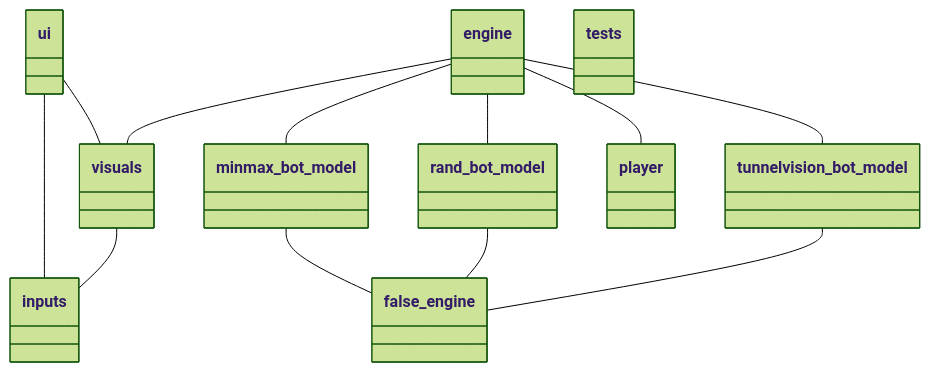
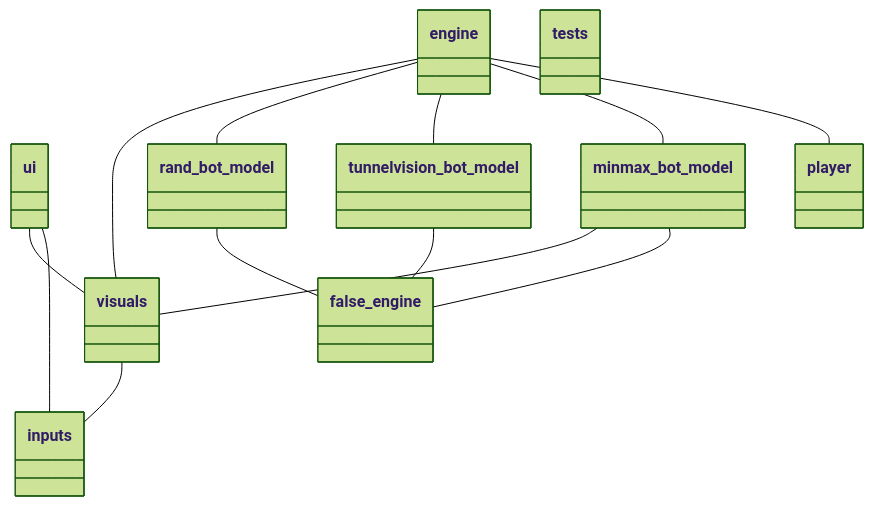
Before and after one commit to sepaww/python_shakki-tira_projekti_hy-: the diagram in dokumentaatio/toteutusdokumentti.md, drawn with Mermaid (forest theme).

````diff
--- a/dokumentaatio/toteutusdokumentti.md
+++ b/dokumentaatio/toteutusdokumentti.md
@@ -12,33 +12,34 @@
  ```mermaid
  classDiagram
       ui -- visuals
       ui -- inputs
       engine -- visuals
       visuals -- inputs
       engine -- rand_bot_model
       engine -- tunnelvision_bot_model
       engine -- minmax_bot_model
+      minmax_bot_model -- visuals
       engine -- player
       minmax_bot_model -- false_engine
       rand_bot_model -- false_engine
       tunnelvision_bot_model -- false_engine
          
       class ui{
           }
       class tests{
       }
       class visuals{
           }
       class inputs{
           }
       class minmax_bot_model{
       }
       class  player{
       }
       class tunnelvision_bot_model{
       }
       class rand_bot_model{
       }
       class false_engine{
       }
 ```
````
